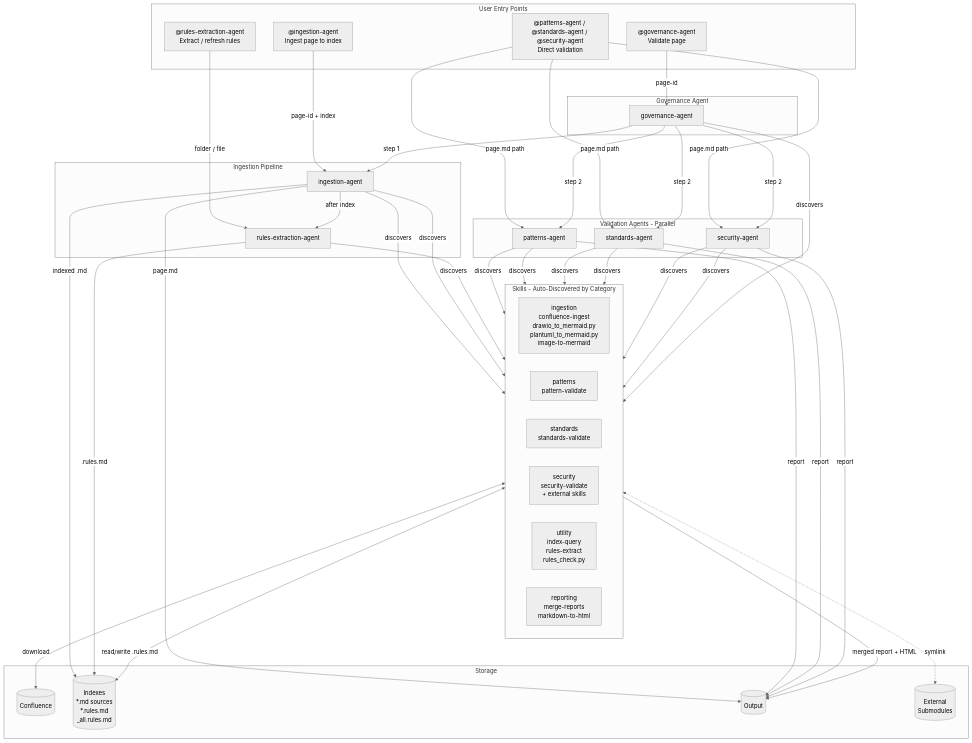
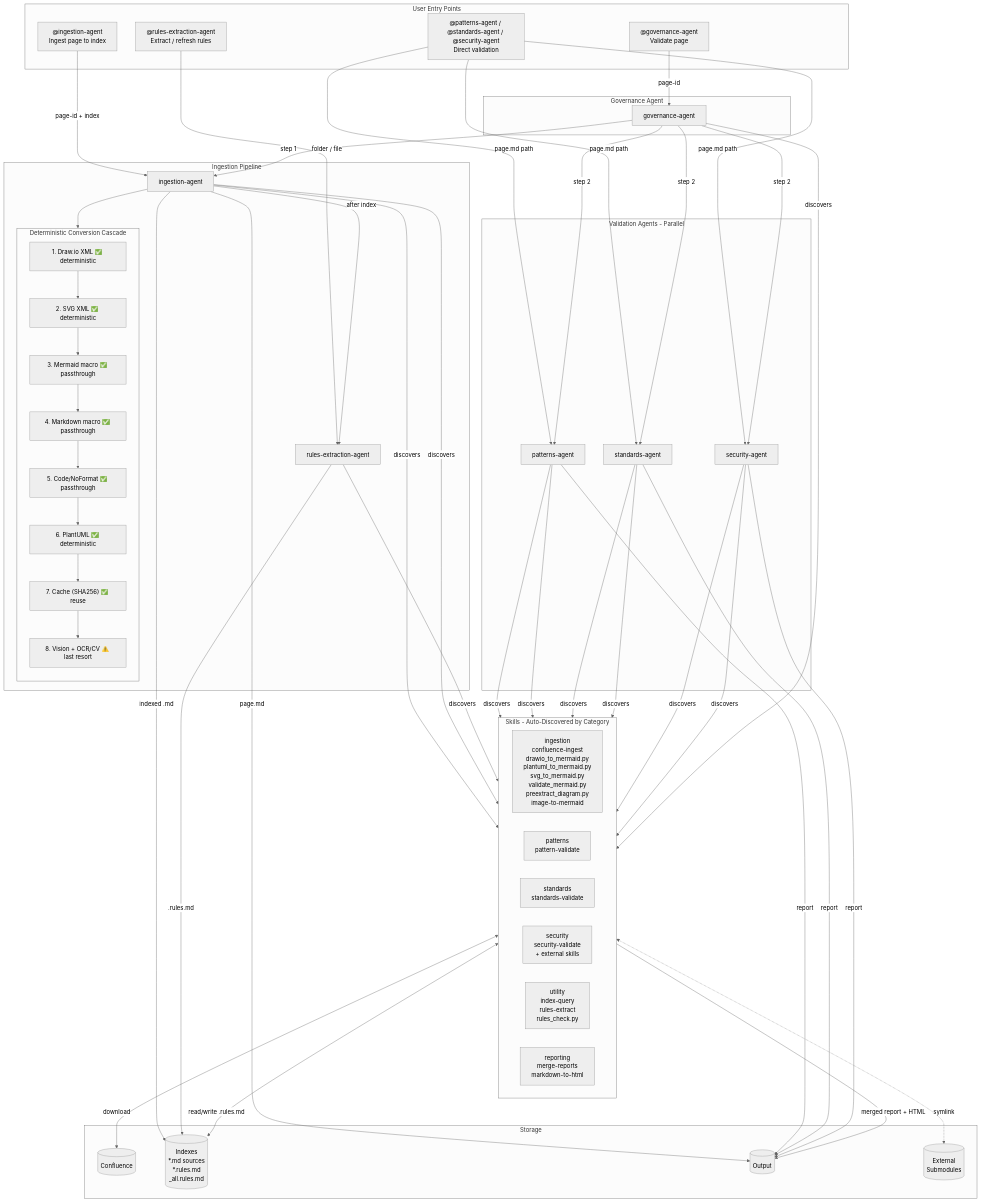
Before and after one commit to byrash/architecture-governance: the first of 4 diagrams in README.md, drawn with Mermaid (neutral theme). The commit also changed other lines of this file and 12 other files, not shown here.

Commit message:
Introduce tessract + opencv + svg to mermaid to increase chances of being more deterministic

```diff
--- a/README.md
+++ b/README.md
@@ -67,6 +74,18 @@
     subgraph Ingestion[Ingestion Pipeline]
         IA[ingestion-agent]
         REA[rules-extraction-agent]
+        subgraph Cascade[Deterministic Conversion Cascade]
+            direction TB
+            T1["1. Draw.io XML ✅ deterministic"]
+            T2["2. SVG XML ✅ deterministic"]
+            T3["3. Mermaid macro ✅ passthrough"]
+            T4["4. Markdown macro ✅ passthrough"]
+            T5["5. Code/NoFormat ✅ passthrough"]
+            T6["6. PlantUML ✅ deterministic"]
+            T7["7. Cache (SHA256) ✅ reuse"]
+            T8["8. Vision + OCR/CV ⚠️ last resort"]
+            T1 --> T2 --> T3 --> T4 --> T5 --> T6 --> T7 --> T8
+        end
     end
 
     subgraph Validation[Validation Agents - Parallel]
@@ -77,7 +96,7 @@
 
     subgraph SkillsPool[Skills - Auto-Discovered by Category]
         direction LR
-        IngSkills["ingestion\nconfluence-ingest\n  drawio_to_mermaid.py\n  plantuml_to_mermaid.py\nimage-to-mermaid"]
+        IngSkills["ingestion\nconfluence-ingest\n  drawio_to_mermaid.py\n  plantuml_to_mermaid.py\n  svg_to_mermaid.py\n  validate_mermaid.py\n  preextract_diagram.py\nimage-to-mermaid"]
         PatSkills["patterns\npattern-validate"]
         StdSkills["standards\nstandards-validate"]
         SecSkills["security\nsecurity-validate\n+ external skills"]
@@ -105,6 +124,9 @@
     %% Ingestion triggers rules extraction
     IA -->|"after index"| REA
 
+    %% Ingestion uses conversion cascade
+    IA --> Cascade
+
     %% Discovery: agents discover skills by category
     IA -->|discovers| IngSkills
     IA -->|discovers| UtilSkills
```
